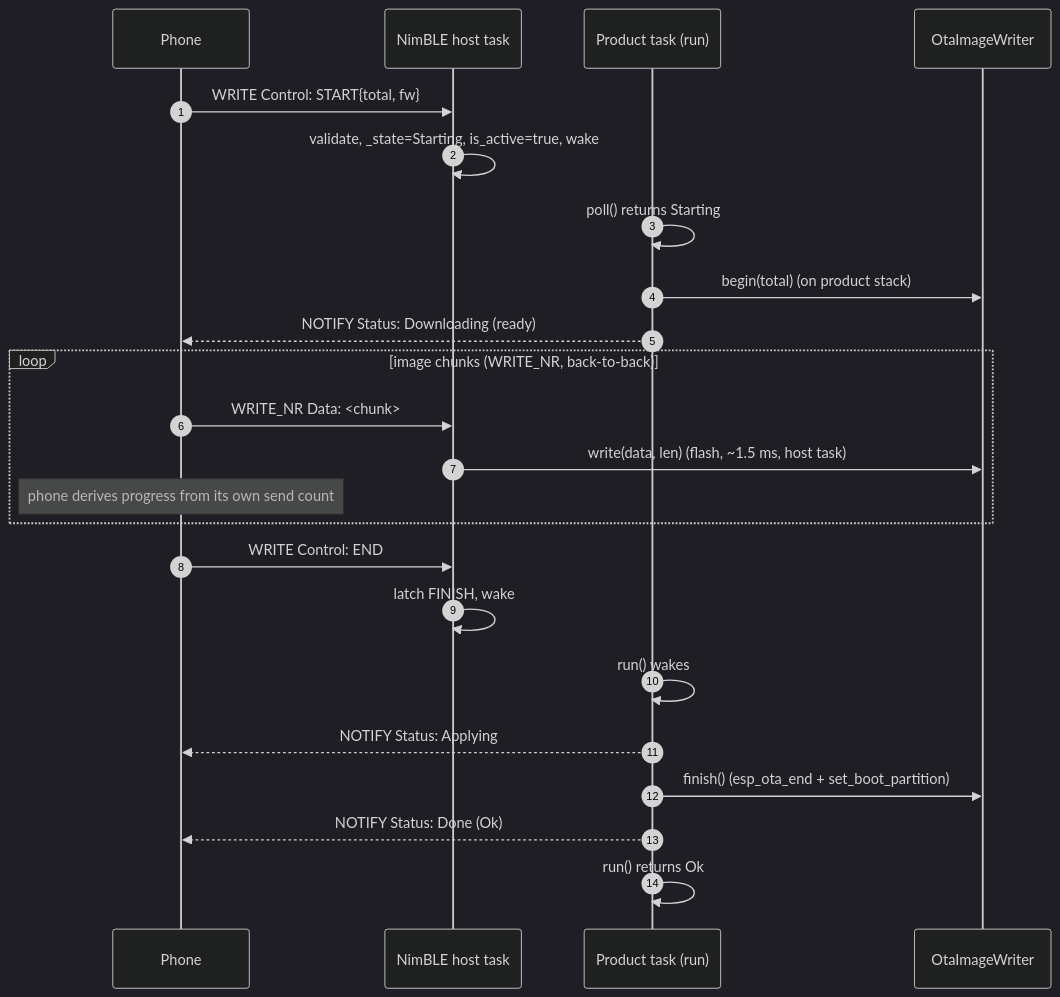
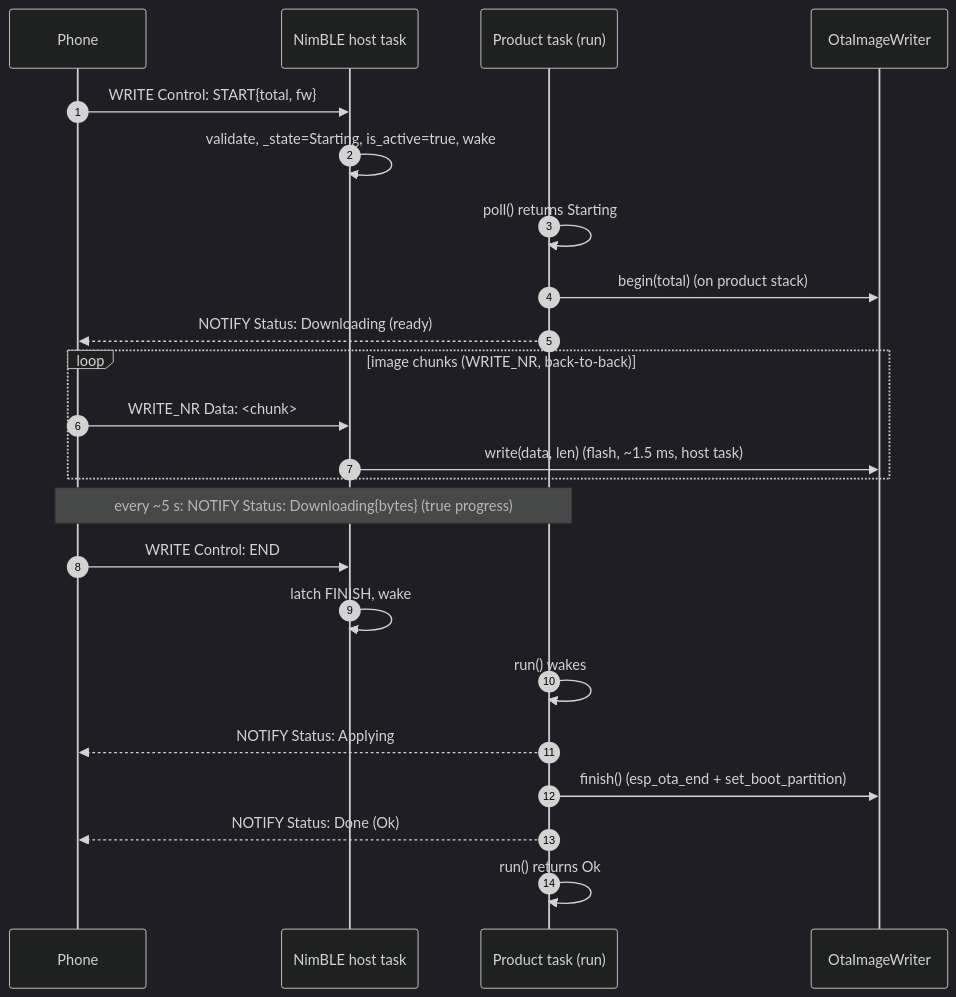
Before and after one commit to mattMRBH/firmware-core: the second of 3 diagrams in components/airgradient-ota/spec-ble.md, drawn with Mermaid (dark theme). The commit also changed other lines of this file and 6 other files, not shown here.

First line of the commit message:
feat(ota): report true BLE OTA progress via Status NOTIFY

````diff
--- a/components/airgradient-ota/spec-ble.md
+++ b/components/airgradient-ota/spec-ble.md
@@ -214,26 +214,26 @@
 ```mermaid
 sequenceDiagram
     autonumber
     participant Ph as Phone
     participant CB as NimBLE host task
     participant PT as Product task (run)
     participant W as OtaImageWriter
 
     Ph->>CB: WRITE Control: START{total, fw}
     CB->>CB: validate, _state=Starting, is_active=true, wake
     PT->>PT: poll() returns Starting
     PT->>W: begin(total)  (on product stack)
     PT-->>Ph: NOTIFY Status: Downloading (ready)
     loop image chunks (WRITE_NR, back-to-back)
         Ph->>CB: WRITE_NR Data: <chunk>
         CB->>W: write(data, len)  (flash, ~1.5 ms, host task)
-        Note over Ph: phone derives progress from its own send count
     end
+    Note over PT,Ph: every ~5 s: NOTIFY Status: Downloading{bytes} (true progress)
     Ph->>CB: WRITE Control: END
     CB->>CB: latch FINISH, wake
     PT->>PT: run() wakes
     PT-->>Ph: NOTIFY Status: Applying
     PT->>W: finish()  (esp_ota_end + set_boot_partition)
     PT-->>Ph: NOTIFY Status: Done (Ok)
     PT->>PT: run() returns Ok
 ```
````
